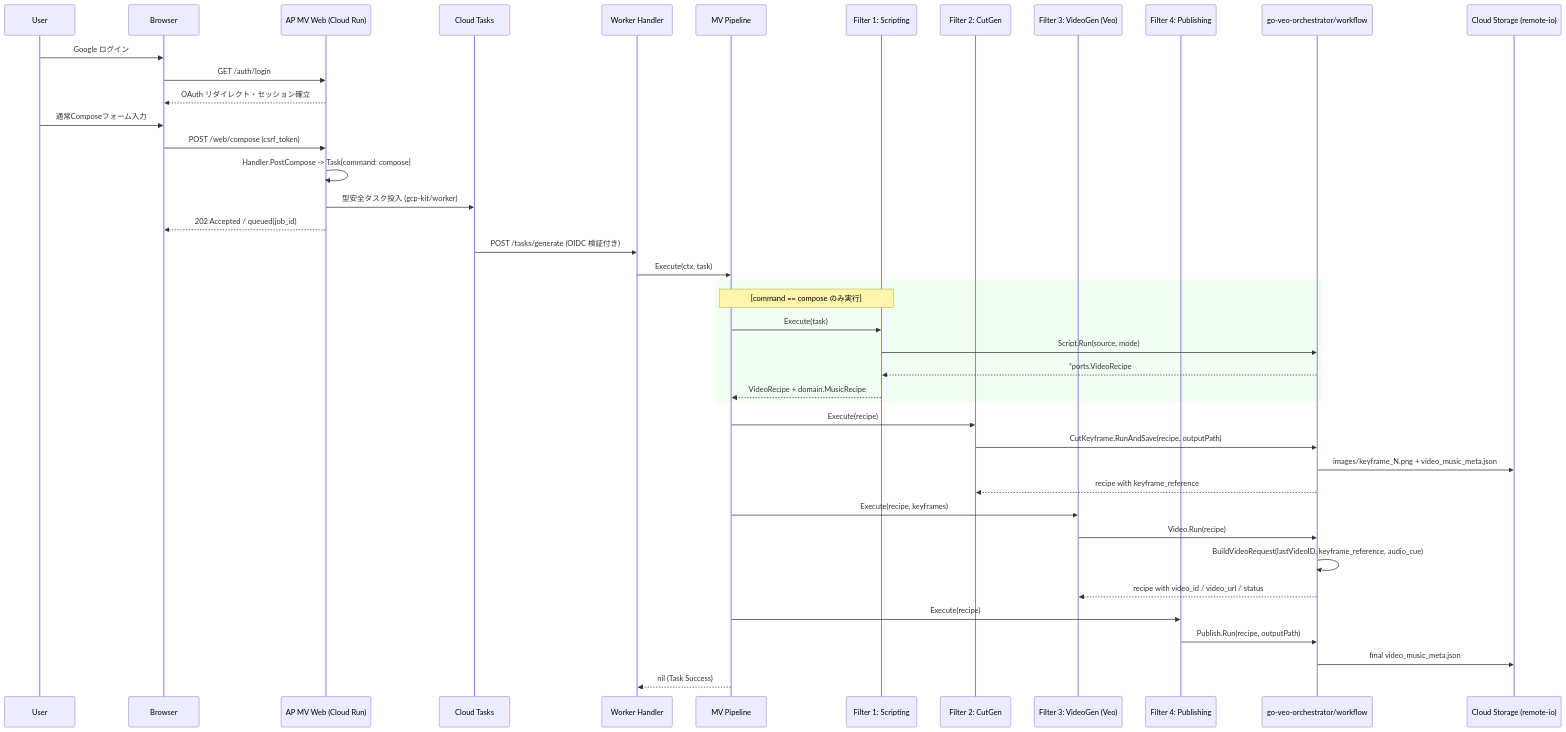
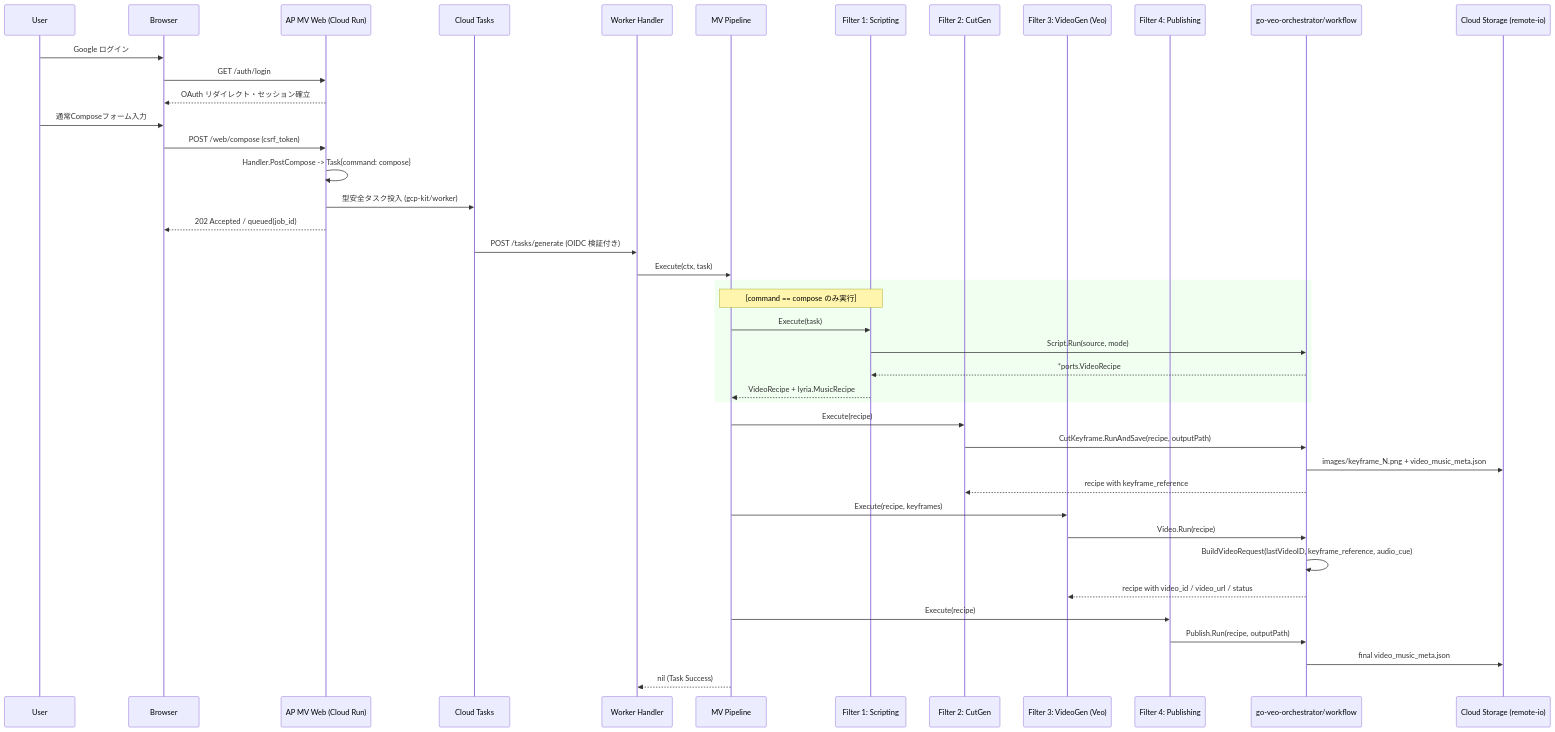
Before and after one commit to shouni/ap-mv: the diagram in README.md, drawn with Mermaid. The commit also changed other lines of this file and 14 other files, not shown here.

First line of the commit message:
Refactor `MusicRecipe` and `VideoRecipe` handling

````diff
--- a/README.md
+++ b/README.md
@@ -163,54 +163,54 @@
 ```mermaid
 sequenceDiagram
     participant User as User
     participant Browser as Browser
     participant Web as AP MV Web (Cloud Run)
     participant Queue as Cloud Tasks
     participant Worker as Worker Handler
     participant Pipeline as MV Pipeline
     participant F1 as Filter 1: Scripting
     participant F2 as Filter 2: CutGen
     participant F3 as Filter 3: VideoGen (Veo)
     participant F4 as Filter 4: Publishing
     participant WF as go-veo-orchestrator/workflow
     participant GCS as Cloud Storage (remote-io)
 
     %% 認証フェーズ
     User->>Browser: Google ログイン
     Browser->>Web: GET /auth/login
     Web-->>Browser: OAuth リダイレクト・セッション確立
 
     %% リクエスト受付フェーズ
     User->>Browser: 通常Composeフォーム入力
     Browser->>Web: POST /web/compose (csrf_token)
     Web->>Web: Handler.PostCompose -> Task{command: compose}
     Web->>Queue: 型安全タスク投入 (gcp-kit/worker)
     Web-->>Browser: 202 Accepted / queued(job_id)
 
     %% 非同期ワーカー・パイプラインフェーズ
     Queue->>Worker: POST /tasks/generate (OIDC 検証付き)
     Worker->>Pipeline: Execute(ctx, task)
 
     rect rgb(240, 255, 240)
         Note over Pipeline, F1: [command == compose のみ実行]
         Pipeline->>F1: Execute(task)
         F1->>WF: Script.Run(source, mode)
         WF-->>F1: *ports.VideoRecipe
-        F1-->>Pipeline: VideoRecipe + domain.MusicRecipe
+        F1-->>Pipeline: VideoRecipe + lyria.MusicRecipe
     end
 
     Pipeline->>F2: Execute(recipe)
     F2->>WF: CutKeyframe.RunAndSave(recipe, outputPath)
     WF->>GCS: images/keyframe_N.png + video_music_meta.json
     WF-->>F2: recipe with keyframe_reference
 
     Pipeline->>F3: Execute(recipe, keyframes)
     F3->>WF: Video.Run(recipe)
     WF->>WF: BuildVideoRequest(lastVideoID, keyframe_reference, audio_cue)
     WF-->>F3: recipe with video_id / video_url / status
 
     Pipeline->>F4: Execute(recipe)
     F4->>WF: Publish.Run(recipe, outputPath)
     WF->>GCS: final video_music_meta.json
     Pipeline-->>Worker: nil (Task Success)
 ```
````
